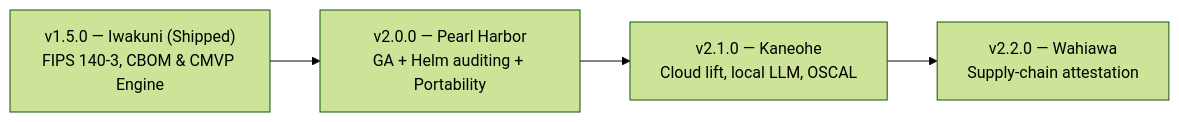
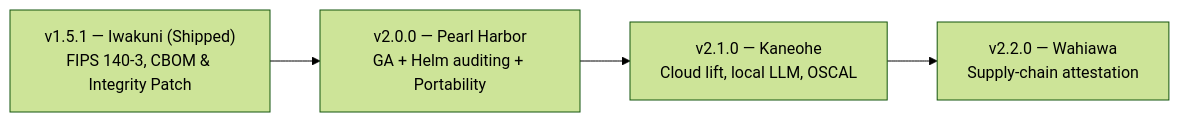
One commit to eodartintlabs-hue/grc-xmini-public changed the diagram in hygiene/ROADMAP.md. Above: the diagram before and after it, drawn with Mermaid (forest theme). The commit also changed other lines of this file and 26 other files, not shown here.

Commit message:
Release v1.5.1 (Iwakuni): Priority 1-2 KestrelBridge & FIPS integrity fixes (H1, H2, H3, M2 v2, H6)

````diff
--- a/hygiene/ROADMAP.md
+++ b/hygiene/ROADMAP.md
@@ -30,6 +30,6 @@
 ```mermaid
 flowchart LR
-    I["v1.5.0 — Iwakuni (Shipped)<br/>FIPS 140-3, CBOM & CMVP Engine"] --> B["v2.0.0 — Pearl Harbor<br/>GA + Helm auditing + Portability"]
+    I["v1.5.1 — Iwakuni (Shipped)<br/>FIPS 140-3, CBOM & Integrity Patch"] --> B["v2.0.0 — Pearl Harbor<br/>GA + Helm auditing + Portability"]
     B --> C["v2.1.0 — Kaneohe<br/>Cloud lift, local LLM, OSCAL"]
     C --> D["v2.2.0 — Wahiawa<br/>Supply-chain attestation"]
 ```
````
